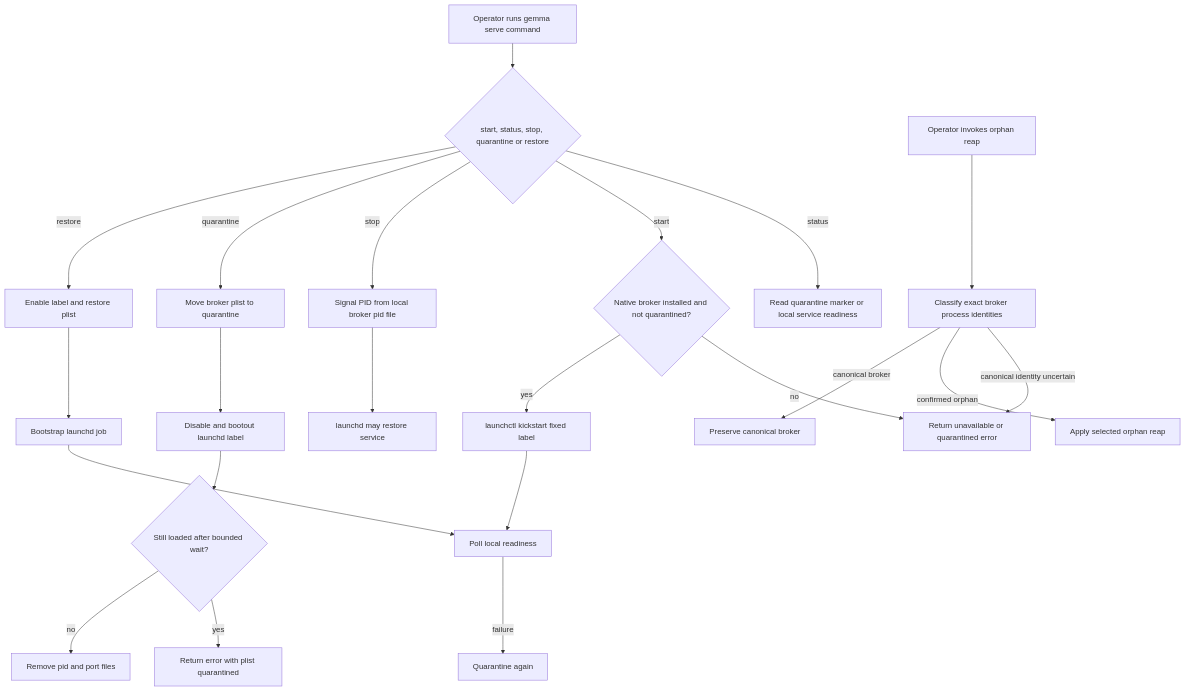
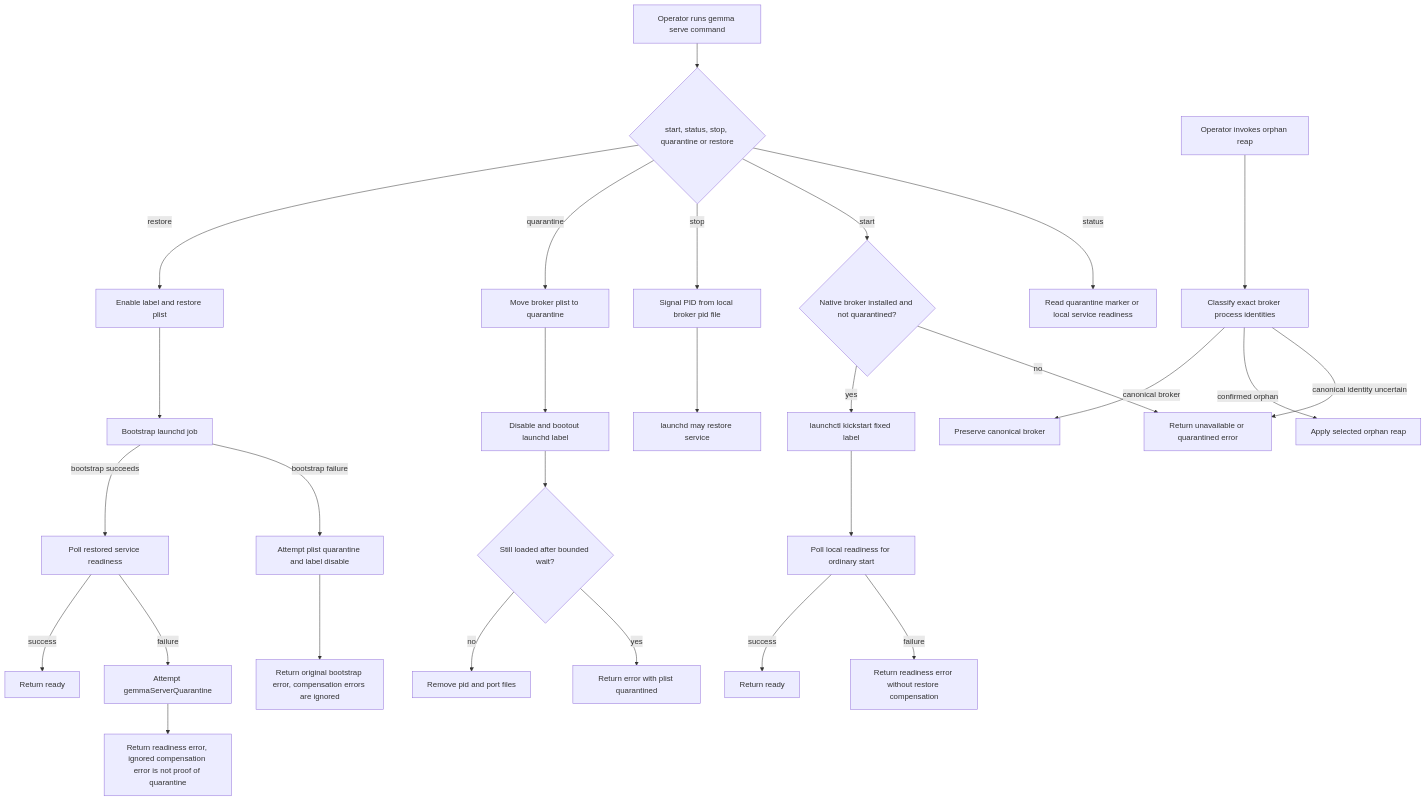
The ninth of 45 diagrams in docs/stacklab/pantheon-pt/canon/DIAGRAMS_PRODUCT_OPERATIONS.md (SirsiMaster/sirsi-pantheon), drawn with Mermaid before and after one commit. The commit also changed other lines of this file, not shown here.

````diff
--- a/docs/stacklab/pantheon-pt/canon/DIAGRAMS_PRODUCT_OPERATIONS.md
+++ b/docs/stacklab/pantheon-pt/canon/DIAGRAMS_PRODUCT_OPERATIONS.md
@@ -275,24 +281,30 @@
 ```mermaid
 flowchart TD
   OP[Operator runs gemma serve command] --> ACTION{start, status, stop, quarantine or restore}
   ACTION -->|status| STATUS[Read quarantine marker or local service readiness]
   ACTION -->|start| INSTALLED{Native broker installed and not quarantined?}
   INSTALLED -->|no| REFUSE[Return unavailable or quarantined error]
   INSTALLED -->|yes| KICK[launchctl kickstart fixed label]
-  KICK --> READY[Poll local readiness]
+  KICK --> STARTREADY[Poll local readiness for ordinary start]
+  STARTREADY -->|failure| STARTFAIL[Return readiness error without restore compensation]
+  STARTREADY -->|success| STARTOK[Return ready]
   ACTION -->|stop| STOP[Signal PID from local broker pid file]
   STOP --> NOTE[launchd may restore service]
   ACTION -->|quarantine| MOVE[Move broker plist to quarantine]
   MOVE --> DISABLE[Disable and bootout launchd label]
   DISABLE --> CHECK{Still loaded after bounded wait?}
   CHECK -->|yes| DEBT[Return error with plist quarantined]
   CHECK -->|no| CLEAR[Remove pid and port files]
   ACTION -->|restore| ENABLE[Enable label and restore plist]
   ENABLE --> BOOT[Bootstrap launchd job]
-  BOOT --> READY
-  READY -->|failure| REQUARANTINE[Quarantine again]
+  BOOT -->|bootstrap failure| BOOTCOMP[Attempt plist quarantine and label disable]
+  BOOTCOMP --> BOOTFAIL[Return original bootstrap error, compensation errors are ignored]
+  BOOT -->|bootstrap succeeds| RESTOREREADY[Poll restored service readiness]
+  RESTOREREADY -->|failure| REQUARANTINE[Attempt gemmaServerQuarantine]
+  REQUARANTINE --> RESTOREFAIL[Return readiness error, ignored compensation error is not proof of quarantine]
+  RESTOREREADY -->|success| RESTOREOK[Return ready]
   ORPHAN[Operator invokes orphan reap] --> ID[Classify exact broker process identities]
   ID -->|canonical identity uncertain| REFUSE
   ID -->|confirmed orphan| REAP[Apply selected orphan reap]
   ID -->|canonical broker| KEEP[Preserve canonical broker]
 ```
````
